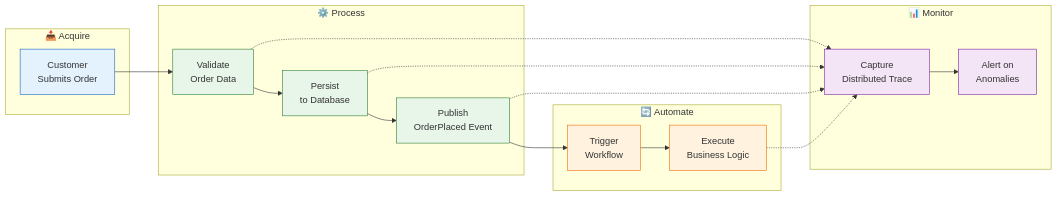
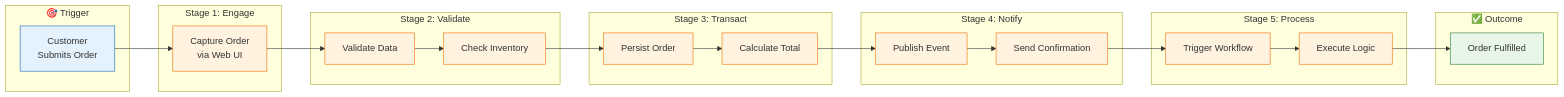
Before and after one commit to Evilazaro/Azure-LogicApps-Monitoring: the second of 5 diagrams in docs/architecture/01-business-architecture.md, drawn with Mermaid. The commit also changed other lines of this file, not shown here.

Commit message:
Enhance business architecture documentation by adding detailed value streams, stage descriptions, and metrics for order fulfillment and observability, improving clarity and operational insights.

````diff
--- a/docs/architecture/01-business-architecture.md
+++ b/docs/architecture/01-business-architecture.md
@@ -110,39 +119,44 @@
 ```mermaid
 flowchart LR
-    subgraph Acquire["📥 Acquire"]
-        Submit["Customer<br/>Submits Order"]
+    subgraph Trigger["🎯 Trigger"]
+        T1["Customer<br/>Submits Order"]
     end
 
-    subgraph Process["⚙️ Process"]
-        Validate["Validate<br/>Order Data"]
-        Persist["Persist<br/>to Database"]
-        Publish["Publish<br/>OrderPlaced Event"]
+    subgraph S1["Stage 1: Engage"]
+        E1["Capture Order<br/>via Web UI"]
     end
 
-    subgraph Automate["🔄 Automate"]
-        Trigger["Trigger<br/>Workflow"]
-        Execute["Execute<br/>Business Logic"]
+    subgraph S2["Stage 2: Validate"]
+        V1["Validate Data"]
+        V2["Check Inventory"]
     end
 
-    subgraph Monitor["📊 Monitor"]
-        Trace["Capture<br/>Distributed Trace"]
-        Alert["Alert on<br/>Anomalies"]
+    subgraph S3["Stage 3: Transact"]
+        T2["Persist Order"]
+        T3["Calculate Total"]
     end
 
-    Submit --> Validate --> Persist --> Publish --> Trigger --> Execute
-    Validate -.-> Trace
-    Persist -.-> Trace
-    Publish -.-> Trace
-    Execute -.-> Trace
-    Trace --> Alert
+    subgraph S4["Stage 4: Notify"]
+        N1["Publish Event"]
+        N2["Send Confirmation"]
+    end
 
-    classDef acquire fill:#e3f2fd,stroke:#1565c0
-    classDef process fill:#e8f5e9,stroke:#2e7d32
-    classDef automate fill:#fff3e0,stroke:#ef6c00
-    classDef monitor fill:#f3e5f5,stroke:#7b1fa2
+    subgraph S5["Stage 5: Process"]
+        P1["Trigger Workflow"]
+        P2["Execute Logic"]
+    end
 
-    class Submit acquire
-    class Validate,Persist,Publish process
-    class Trigger,Execute automate
-    class Trace,Alert monitor
+    subgraph Outcome["✅ Outcome"]
+        O1["Order Fulfilled"]
+    end
+
+    T1 --> E1 --> V1 --> V2 --> T2 --> T3 --> N1 --> N2 --> P1 --> P2 --> O1
+
+    classDef trigger fill:#e3f2fd,stroke:#1565c0
+    classDef stage fill:#fff3e0,stroke:#ef6c00
+    classDef outcome fill:#e8f5e9,stroke:#2e7d32
+
+    class T1 trigger
+    class E1,V1,V2,T2,T3,N1,N2,P1,P2 stage
+    class O1 outcome
 ```
````
